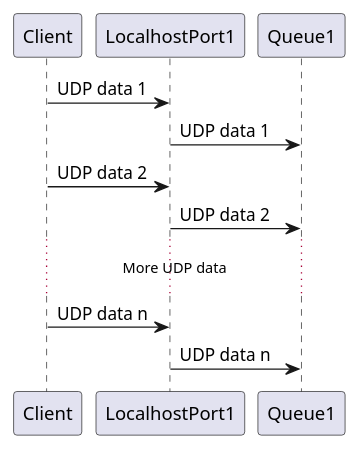
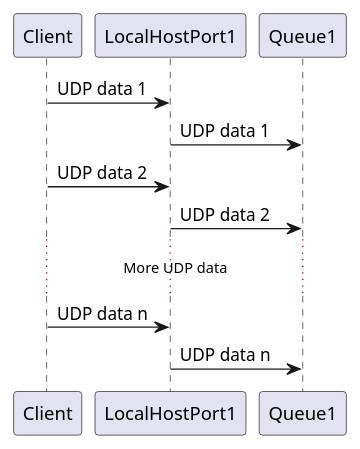
The first of 4 diagrams in doc/architecture.md (xiguichen/tcpudp), drawn with PlantUML before and after one commit. The commit also changed other lines of this file, not shown here.

```diff
--- a/doc/architecture.md
+++ b/doc/architecture.md
@@ -4,9 +5,9 @@
 @startuml
-Client -> LocalhostPort1 : UDP data 1
-LocalhostPort1 -> Queue1: UDP data 1
-Client -> LocalhostPort1 : UDP data 2
-LocalhostPort1 -> Queue1: UDP data 2
+Client -> LocalHostPort1 : UDP data 1
+LocalHostPort1 -> Queue1: UDP data 1
+Client -> LocalHostPort1 : UDP data 2
+LocalHostPort1 -> Queue1: UDP data 2
 ... More UDP data ...
-Client -> LocalhostPort1 : UDP data n
-LocalhostPort1 -> Queue1: UDP data n
+Client -> LocalHostPort1 : UDP data n
+LocalHostPort1 -> Queue1: UDP data n
 @enduml
```
